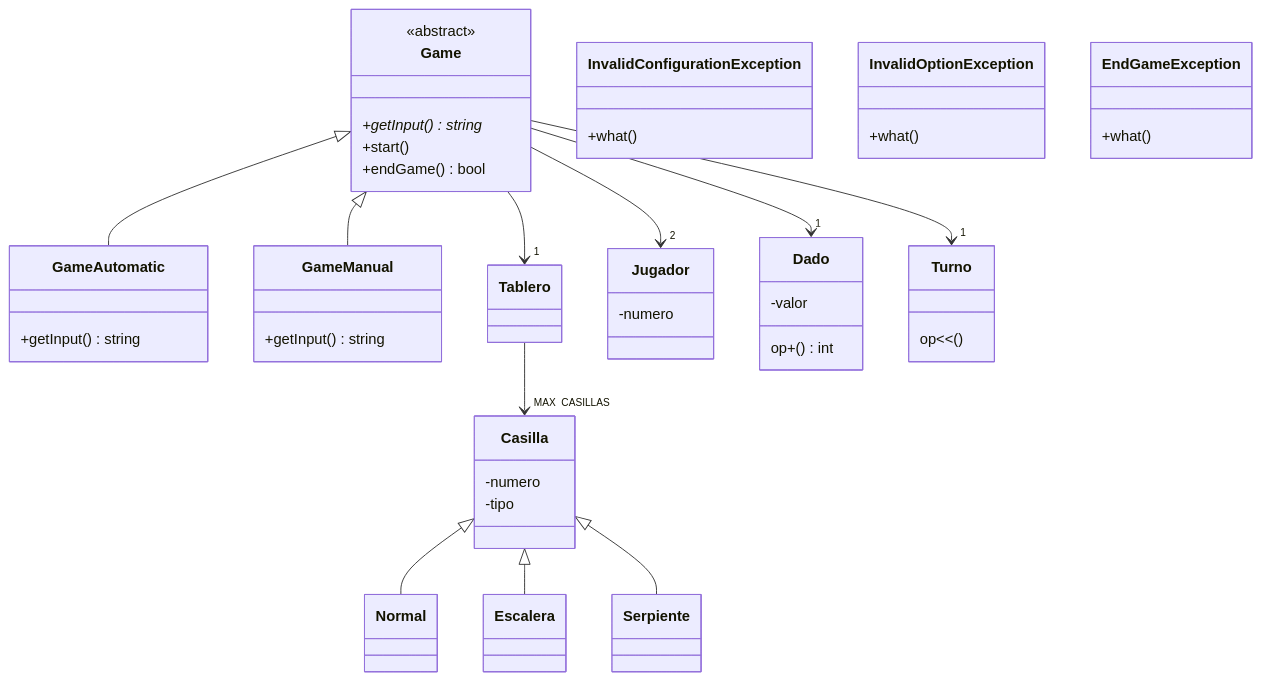
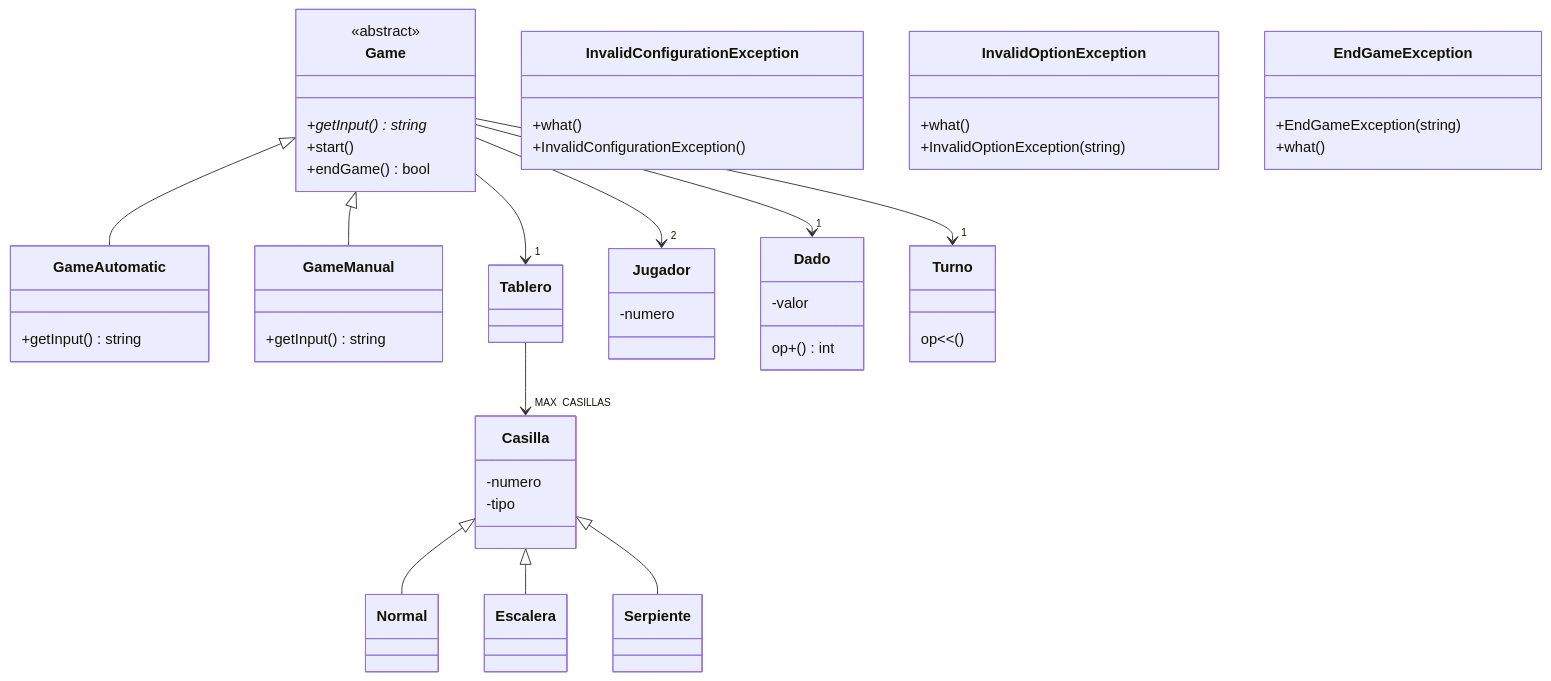
The diagram in README.md (Gorchon/snakes_and_ladders_oop), drawn with Mermaid before and after one commit. The commit also changed 6 other files, not shown here.

````diff
--- a/README.md
+++ b/README.md
@@ -11,33 +11,38 @@
 ```mermaid
 classDiagram
       class Game
       <<abstract>> Game
       Game <|-- GameAutomatic
       Game <|-- GameManual
       Casilla <|-- Normal
       Casilla <|-- Escalera
       Casilla <|-- Serpiente
       Tablero --> "MAX_CASILLAS" Casilla
       Game --> "1" Tablero
       Game --> "2" Jugador
       Game --> "1" Dado
       Game --> "1" Turno
       class InvalidConfigurationException
       class InvalidOptionException
       class EndGameException
       
+  
       Game:+getInput()* string
       Game:+start()
       Game:+endGame() bool
       GameAutomatic:+getInput() string
       GameManual:+getInput() string
       Jugador: -numero
       Casilla: -numero
       Casilla: -tipo
       Turno: op<<() 
       Dado: -valor
       Dado: op+() int
       InvalidConfigurationException : +what()
+      EndGameException: +EndGameException(string)
+      InvalidConfigurationException:+InvalidConfigurationException()
       InvalidOptionException : +what()
+       InvalidOptionException : +InvalidOptionException(string )
+       InvalidOptionException: 
       EndGameException : +what()
 ```
````
